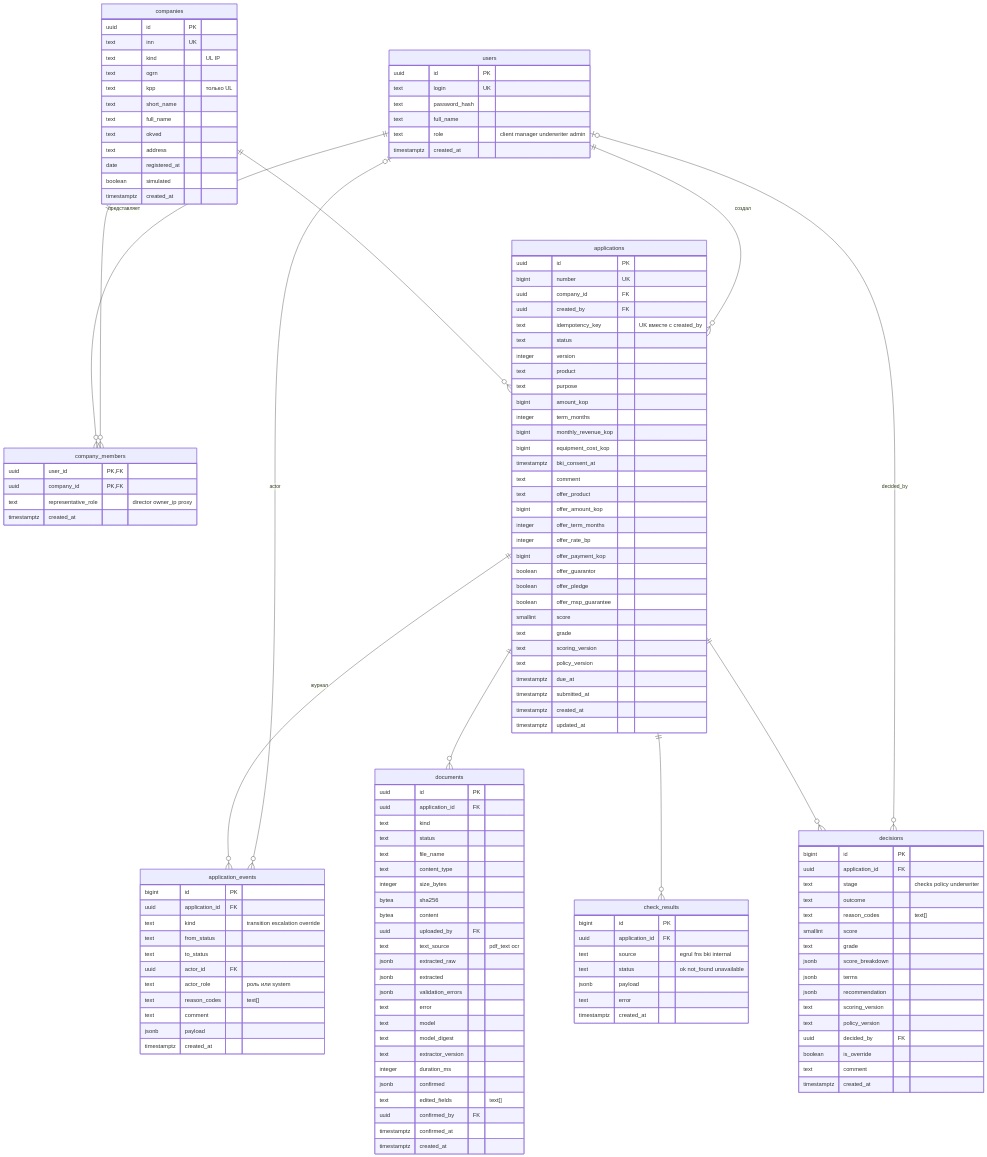
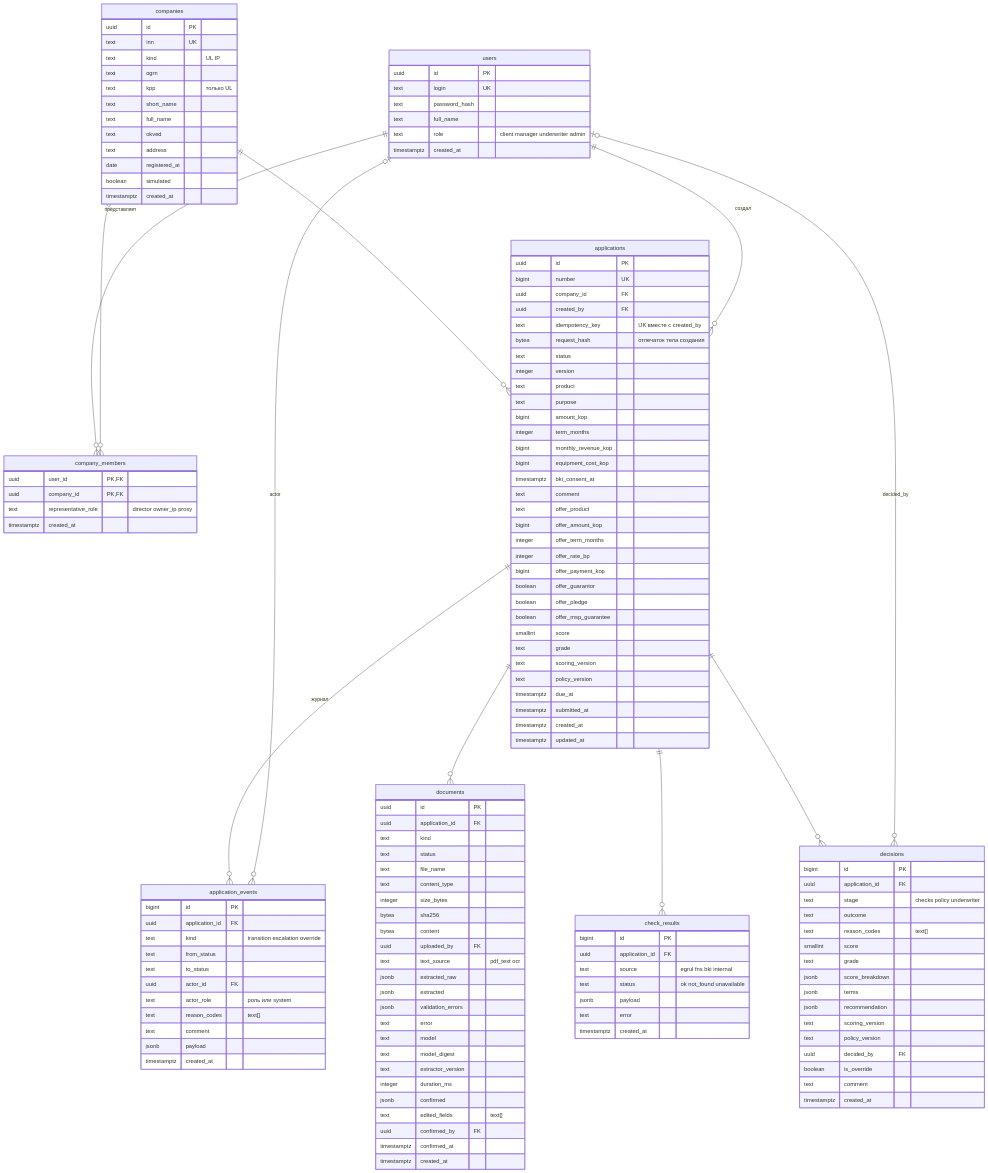
Before and after one commit to swagswa/alfa-credit-cabinet: the diagram in docs/data-model.md, drawn with Mermaid. The commit also changed other lines of this file and 22 other files, not shown here.

```diff
--- a/docs/data-model.md
+++ b/docs/data-model.md
@@ -49,6 +49,7 @@
         uuid company_id FK
         uuid created_by FK
         text idempotency_key "UK вместе с created_by"
+        bytea request_hash "отпечаток тела создания"
         text status
         integer version
         text product
```
